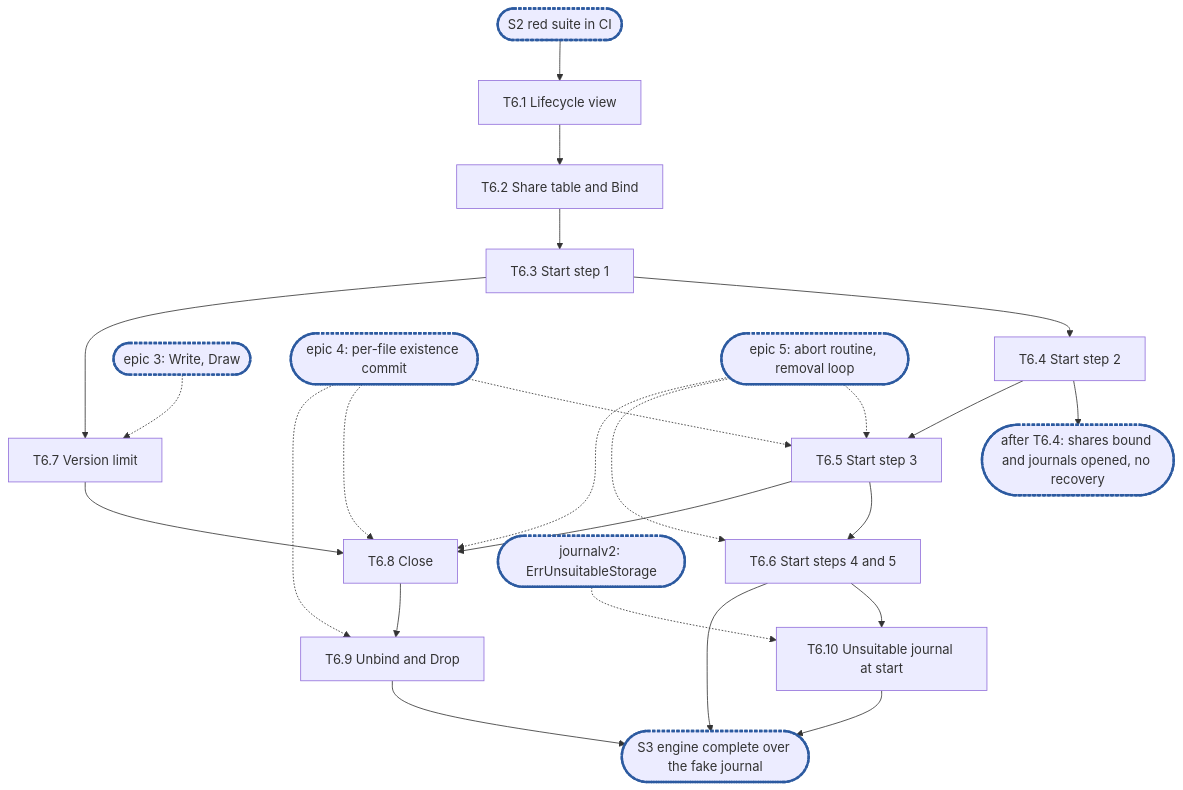
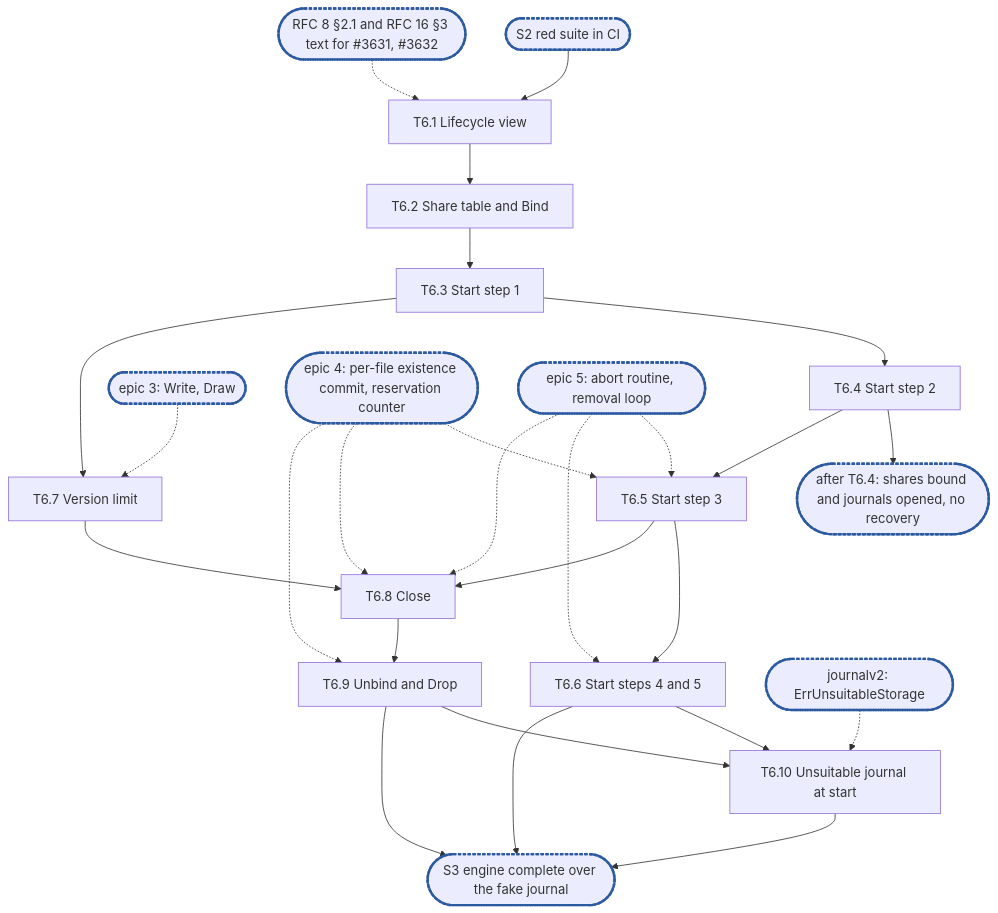
The diagram in docs/internals/planning/rfc-8-engine-epic6.md (marmos91/dittofs), drawn with Mermaid before and after one commit. The commit also changed other lines of this file, not shown here.

First line of the commit message:
docs(planning): epic 6 follows the reviews on restart, journals and limits

````diff
--- a/docs/internals/planning/rfc-8-engine-epic6.md
+++ b/docs/internals/planning/rfc-8-engine-epic6.md
@@ -658,20 +826,21 @@
 ```mermaid
 flowchart TD
   S2(["S2 red suite in CI"]):::sync --> T6_1["T6.1 Lifecycle view"]
+  rfc(["RFC 8 §2.1 and RFC 16 §3 text for #3631, #3632"]):::sync -.-> T6_1
   T6_1 --> T6_2["T6.2 Share table and Bind"]
   T6_2 --> T6_3["T6.3 Start step 1"]
   T6_3 --> T6_4["T6.4 Start step 2"]
   T6_4 --> C1(["after T6.4: shares bound and journals opened, no recovery"]):::sync
   ep3(["epic 3: Write, Draw"]):::sync -.-> T6_7
   T6_3 --> T6_7["T6.7 Version limit"]
-  ep4(["epic 4: per-file existence commit"]):::sync -.-> T6_5 & T6_8 & T6_9
+  ep4(["epic 4: per-file existence commit, reservation counter"]):::sync -.-> T6_5 & T6_8 & T6_9
   ep5(["epic 5: abort routine, removal loop"]):::sync -.-> T6_5 & T6_6 & T6_8
   T6_4 --> T6_5["T6.5 Start step 3"]
   T6_5 --> T6_6["T6.6 Start steps 4 and 5"]
   T6_5 & T6_7 --> T6_8["T6.8 Close"]
   T6_8 --> T6_9["T6.9 Unbind and Drop"]
   J(["journalv2: ErrUnsuitableStorage"]):::sync -.-> T6_10
-  T6_6 --> T6_10["T6.10 Unsuitable journal at start"]
+  T6_6 & T6_9 --> T6_10["T6.10 Unsuitable journal at start"]
   T6_6 & T6_9 & T6_10 --> S3(["S3 engine complete over the fake journal"]):::sync
   classDef sync stroke:#2c5aa0,stroke-width:3px,stroke-dasharray:4 2
 ```
````
